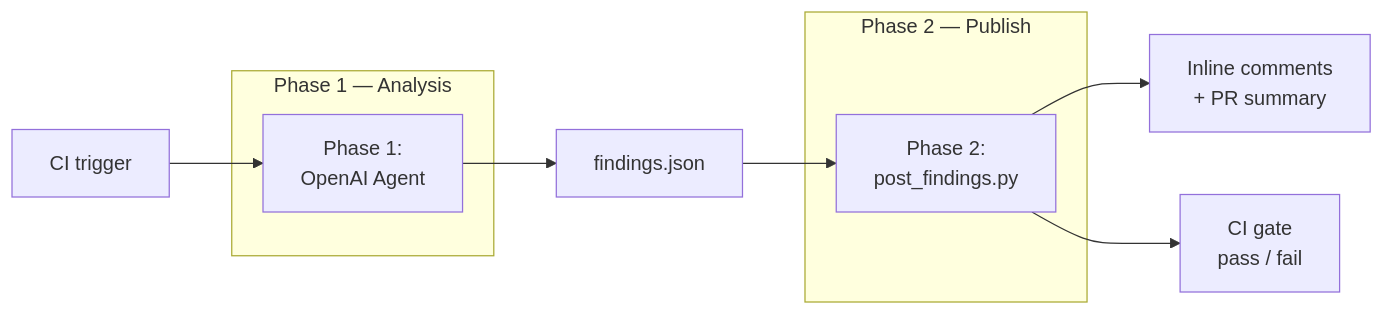
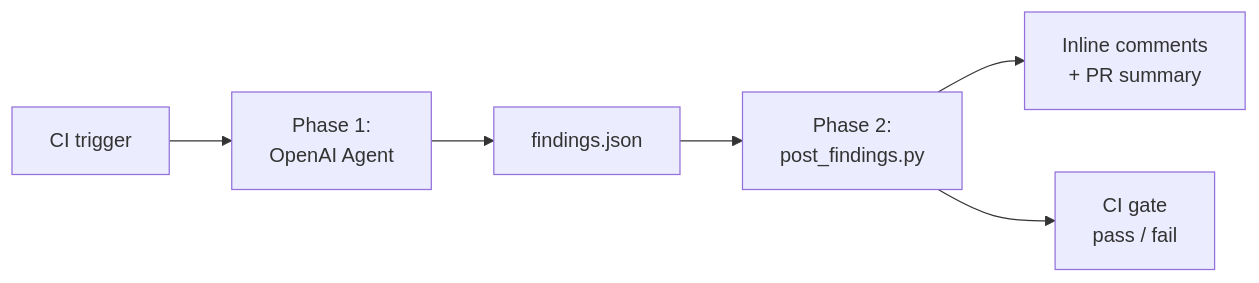
Before and after one commit to dsiddharth2/codehawk: the diagram in README.md, drawn with Mermaid. The commit also changed other lines of this file and 5 other files, not shown here.

````diff
--- a/README.md
+++ b/README.md
@@ -18,15 +16,8 @@
 ```mermaid
 flowchart LR
     A[CI trigger] --> B[Phase 1:\nOpenAI Agent]
     B --> C[findings.json]
     C --> D[Phase 2:\npost_findings.py]
     D --> E[Inline comments\n+ PR summary]
     D --> F[CI gate\npass / fail]
-
-    subgraph "Phase 1 — Analysis"
-        B
-    end
-    subgraph "Phase 2 — Publish"
-        D
-    end
 ```
````
